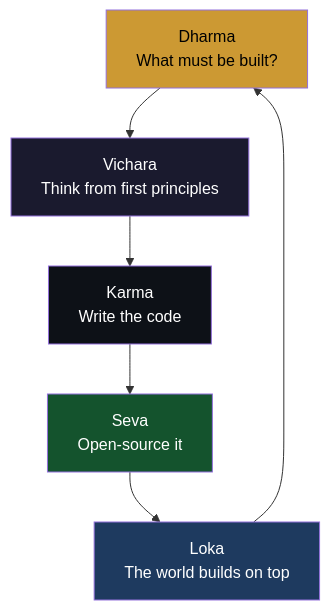
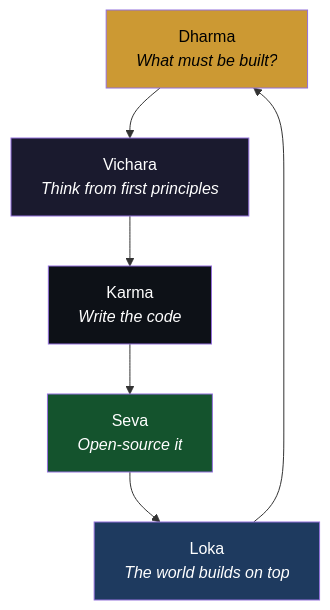
The second of 11 diagrams in README.md (darshjme/darshjdb), drawn with Mermaid before and after one commit. The commit also changed other lines of this file, not shown here.

First line of the commit message:
docs: definitive README — 11 Mermaid diagrams, real founder story, honest alpha

````diff
--- a/README.md
+++ b/README.md
@@ -68,14 +73,14 @@
 ```mermaid
 flowchart TD
-    D["Dharma\nWhat must be built?"] --> V["Vichara\nThink from first principles"]
-    V --> K["Karma\nWrite the code"]
-    K --> S["Seva\nOpen-source it"]
-    S --> L["Loka\nThe world builds on top"]
+    D["Dharma\n<i>What must be built?</i>"] --> V["Vichara\n<i>Think from first principles</i>"]
+    V --> K["Karma\n<i>Write the code</i>"]
+    K --> S["Seva\n<i>Open-source it</i>"]
+    S --> L["Loka\n<i>The world builds on top</i>"]
     L --> D
 
     style D fill:#cc9933,color:#000
     style V fill:#1a1a2e,color:#fff
     style K fill:#0d1117,color:#fff
     style S fill:#14532d,color:#fff
     style L fill:#1e3a5f,color:#fff
 ```
````
